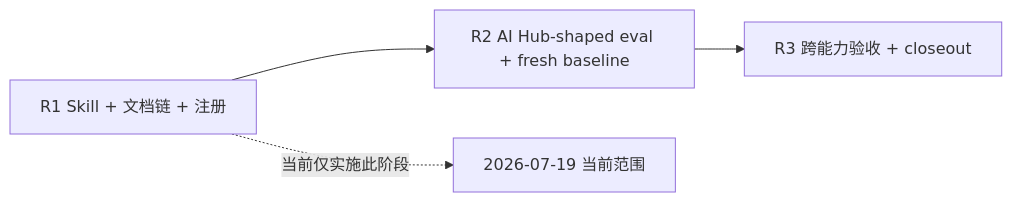
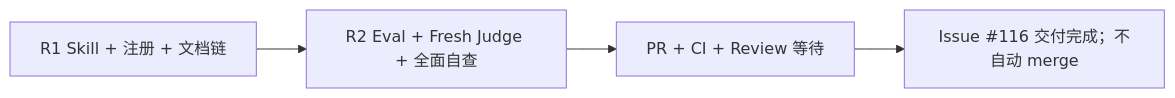
Before and after one commit to Neplich/dev-agent-skills: the diagram in docs/engineer/agents/docs-agent/release-notes-generator/IMPLEMENTATION_PLAN.md, drawn with Mermaid. The commit also changed other lines of this file and 171 other files, not shown here.

First line of the commit message:
test: release-notes-generator evals 与 fresh validation（issue #116 R2）

````diff
--- a/docs/engineer/agents/docs-agent/release-notes-generator/IMPLEMENTATION_PLAN.md
+++ b/docs/engineer/agents/docs-agent/release-notes-generator/IMPLEMENTATION_PLAN.md
@@ -61,6 +44,6 @@
 ```mermaid
 flowchart LR
-    R1["R1 Skill + 文档链 + 注册"] --> R2["R2 AI Hub-shaped eval + fresh baseline"]
-    R2 --> R3["R3 跨能力验收 + closeout"]
-    R1 -. "当前仅实施此阶段" .-> NOW["2026-07-19 当前范围"]
+    R1["R1 Skill + 注册 + 文档链"] --> R2["R2 Eval + Fresh Judge + 全面自查"]
+    R2 --> PR["PR + CI + Review 等待"]
+    PR --> DONE["Issue #116 交付完成；不自动 merge"]
 ```
````
